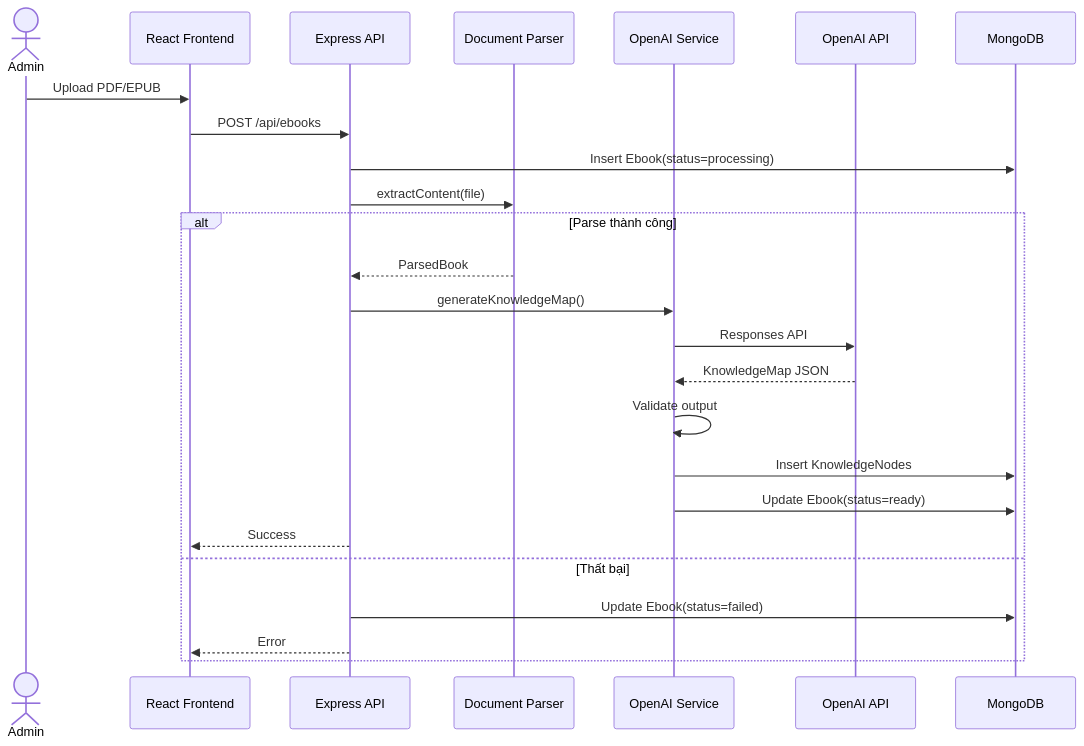
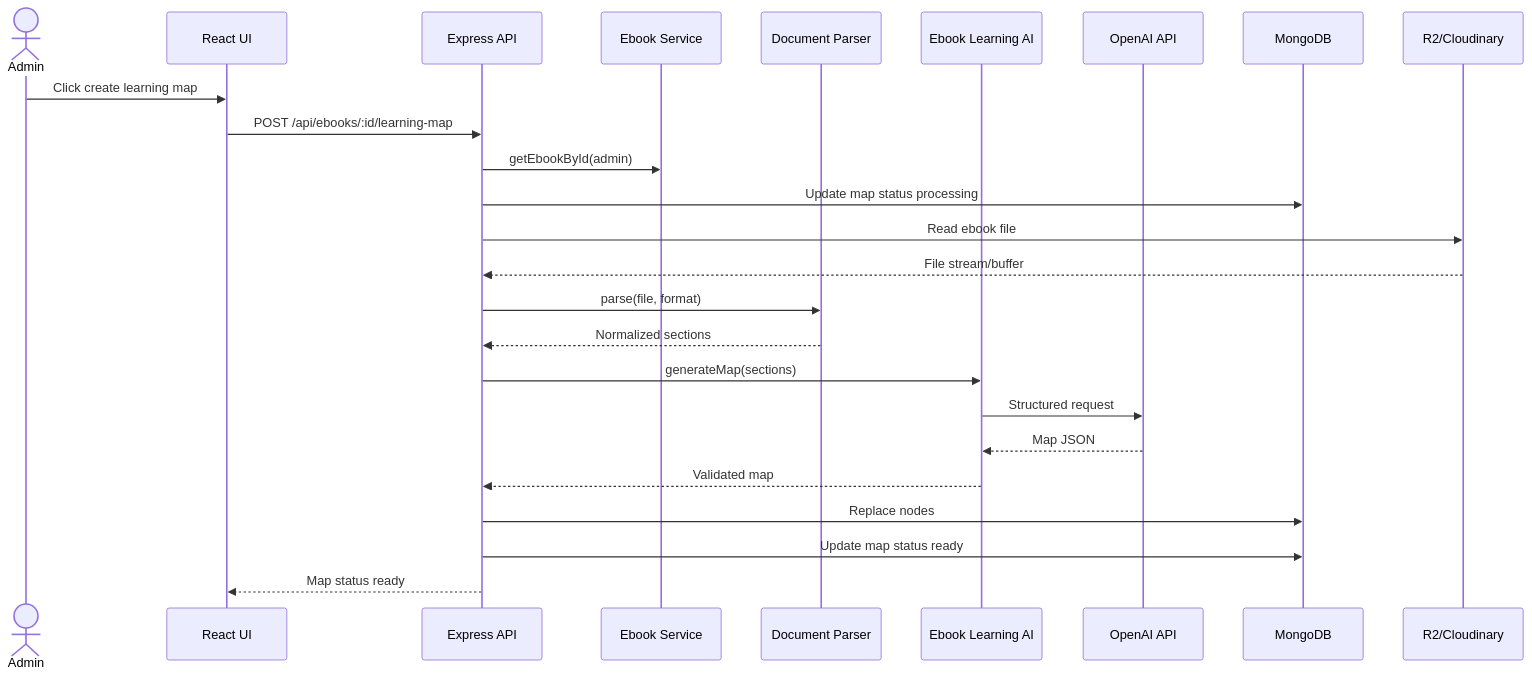
One commit to nguyen-le-huy/meomeo changed the third of 5 diagrams in docs/02_PHAN_TICH_VA_THIET_KE_HE_THONG.md. Above: the diagram before and after it, drawn with Mermaid. The commit also changed other lines of this file and 4 other files, not shown here.

````diff
--- a/docs/02_PHAN_TICH_VA_THIET_KE_HE_THONG.md
+++ b/docs/02_PHAN_TICH_VA_THIET_KE_HE_THONG.md
@@ -302,29 +317,28 @@
 ```mermaid
 sequenceDiagram
     actor Admin
-    participant UI as React Frontend
+    participant UI as React UI
     participant API as Express API
+    participant Ebook as Ebook Service
     participant Parser as Document Parser
-    participant AI as OpenAI Service
+    participant AI as Ebook Learning AI
     participant OAI as OpenAI API
     participant DB as MongoDB
+    participant Storage as R2/Cloudinary
 
-    Admin->>UI: Upload PDF/EPUB
-    UI->>API: POST /api/ebooks
-    API->>DB: Insert Ebook(status=processing)
-    API->>Parser: extractContent(file)
-
-    alt Parse thành công
-        Parser-->>API: ParsedBook
-        API->>AI: generateKnowledgeMap()
-        AI->>OAI: Responses API
-        OAI-->>AI: KnowledgeMap JSON
-        AI->>AI: Validate output
-        AI->>DB: Insert KnowledgeNodes
-        AI->>DB: Update Ebook(status=ready)
-        API-->>UI: Success
-    else Thất bại
-        API->>DB: Update Ebook(status=failed)
-        API-->>UI: Error
-    end
+    Admin->>UI: Click create learning map
+    UI->>API: POST /api/ebooks/:id/learning-map
+    API->>Ebook: getEbookById(admin)
+    API->>DB: Update map status processing
+    API->>Storage: Read ebook file
+    Storage-->>API: File stream/buffer
+    API->>Parser: parse(file, format)
+    Parser-->>API: Normalized sections
+    API->>AI: generateMap(sections)
+    AI->>OAI: Structured request
+    OAI-->>AI: Map JSON
+    AI-->>API: Validated map
+    API->>DB: Replace nodes
+    API->>DB: Update map status ready
+    API-->>UI: Map status ready
 ```
````
